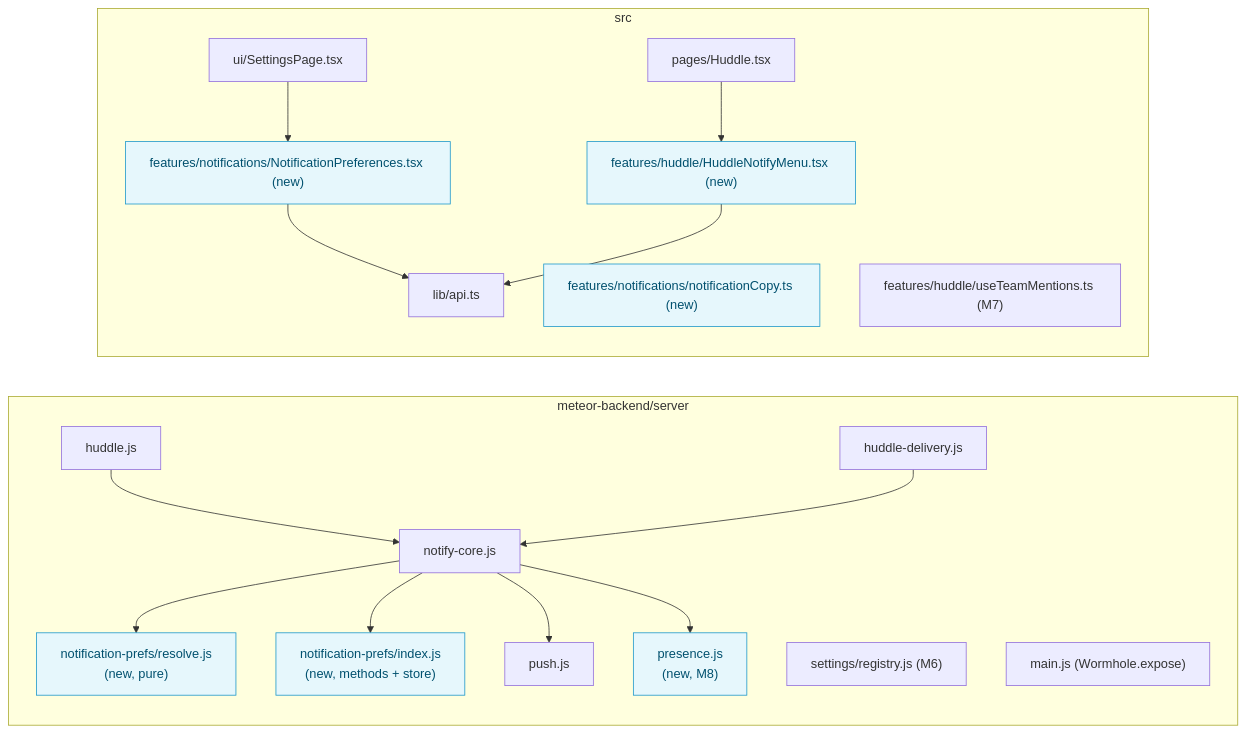
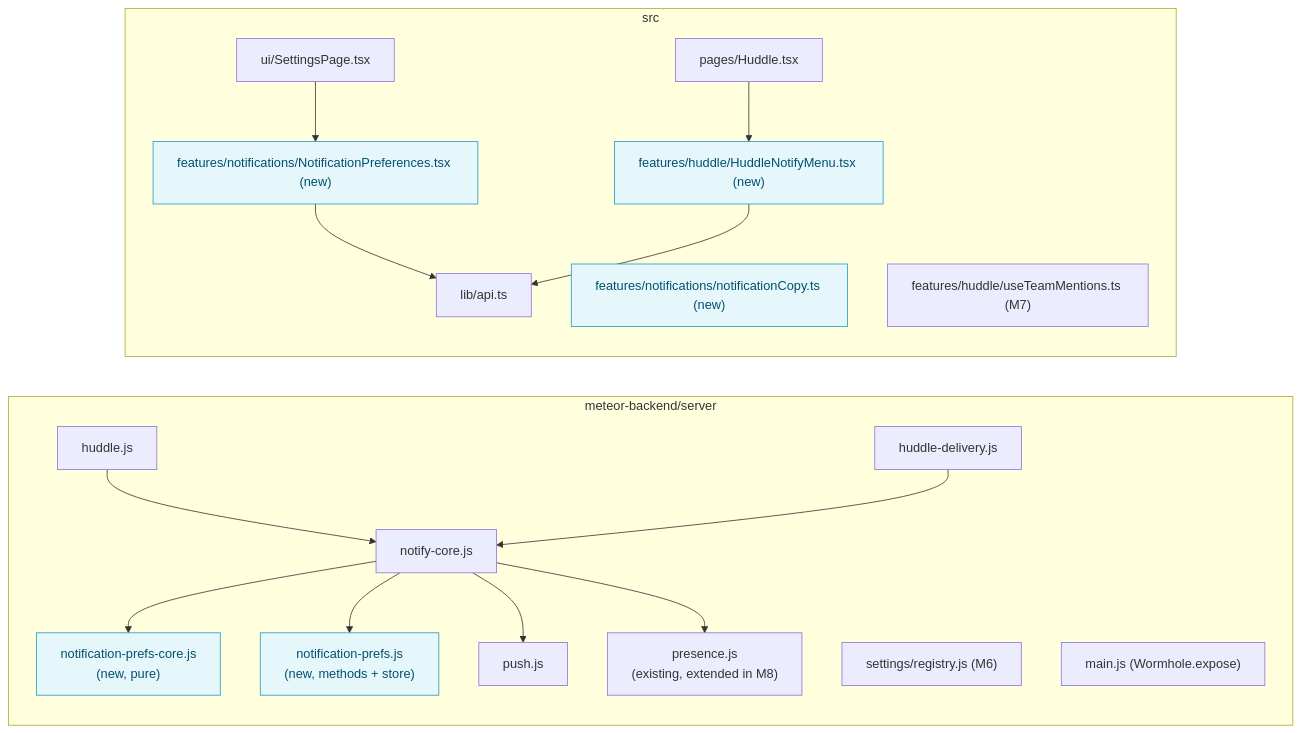
One commit to mieweb/timehuddle changed the second of 2 diagrams in docs/notification-preferences-784-plan.md. Above: the diagram before and after it, drawn with Mermaid. The commit also changed other lines of this file and 8 other files, not shown here.

````diff
--- a/docs/notification-preferences-784-plan.md
+++ b/docs/notification-preferences-784-plan.md
@@ -140,36 +140,36 @@
 ```mermaid
 graph LR
     subgraph Backend["meteor-backend/server"]
-      Resolve["notification-prefs/resolve.js<br/>(new, pure)"]
-      Prefs["notification-prefs/index.js<br/>(new, methods + store)"]
-      Presence["presence.js<br/>(new, M8)"]
+      Resolve["notification-prefs-core.js<br/>(new, pure)"]
+      Prefs["notification-prefs.js<br/>(new, methods + store)"]
+      Presence["presence.js<br/>(existing, extended in M8)"]
       NotifyCore["notify-core.js"]
       Push["push.js"]
       Huddle["huddle.js"]
       Delivery["huddle-delivery.js"]
       Registry["settings/registry.js (M6)"]
       Main["main.js (Wormhole.expose)"]
     end
     subgraph Frontend["src"]
       Api["lib/api.ts"]
       PrefsUI["features/notifications/NotificationPreferences.tsx (new)"]
       Copy["features/notifications/notificationCopy.ts (new)"]
       Bell["features/huddle/HuddleNotifyMenu.tsx (new)"]
       Settings["ui/SettingsPage.tsx"]
       HuddlePage["pages/Huddle.tsx"]
       Mentions["features/huddle/useTeamMentions.ts (M7)"]
     end
     NotifyCore --> Resolve
     NotifyCore --> Prefs
     NotifyCore --> Push
     NotifyCore --> Presence
     Huddle --> NotifyCore
     Delivery --> NotifyCore
     PrefsUI --> Api
     Bell --> Api
     Settings --> PrefsUI
     HuddlePage --> Bell
 
     classDef added fill:#e6f7fc,stroke:#1f98ca,color:#00506e
-    class Resolve,Prefs,Presence,PrefsUI,Copy,Bell added
+    class Resolve,Prefs,PrefsUI,Copy,Bell added
 ```
````
